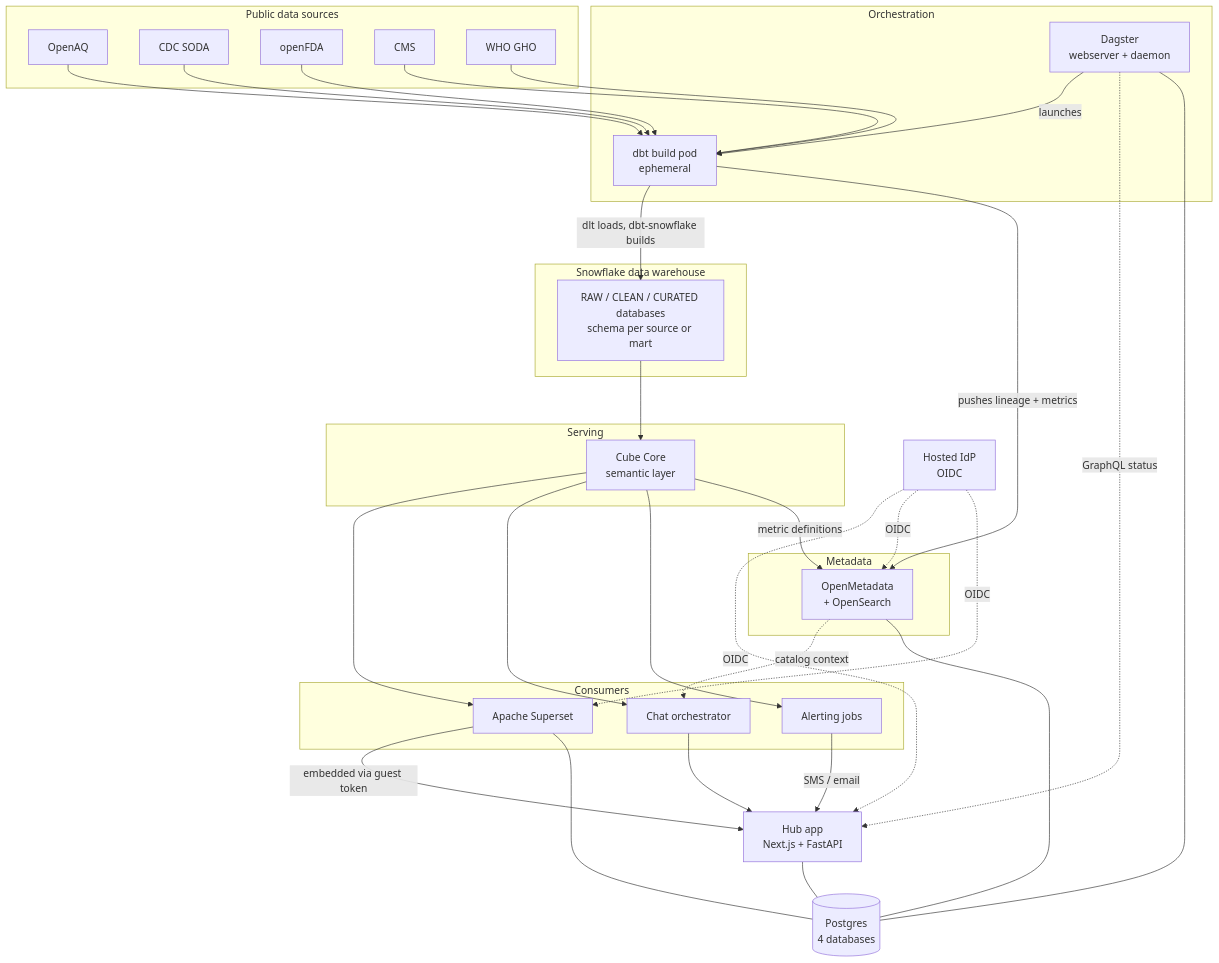
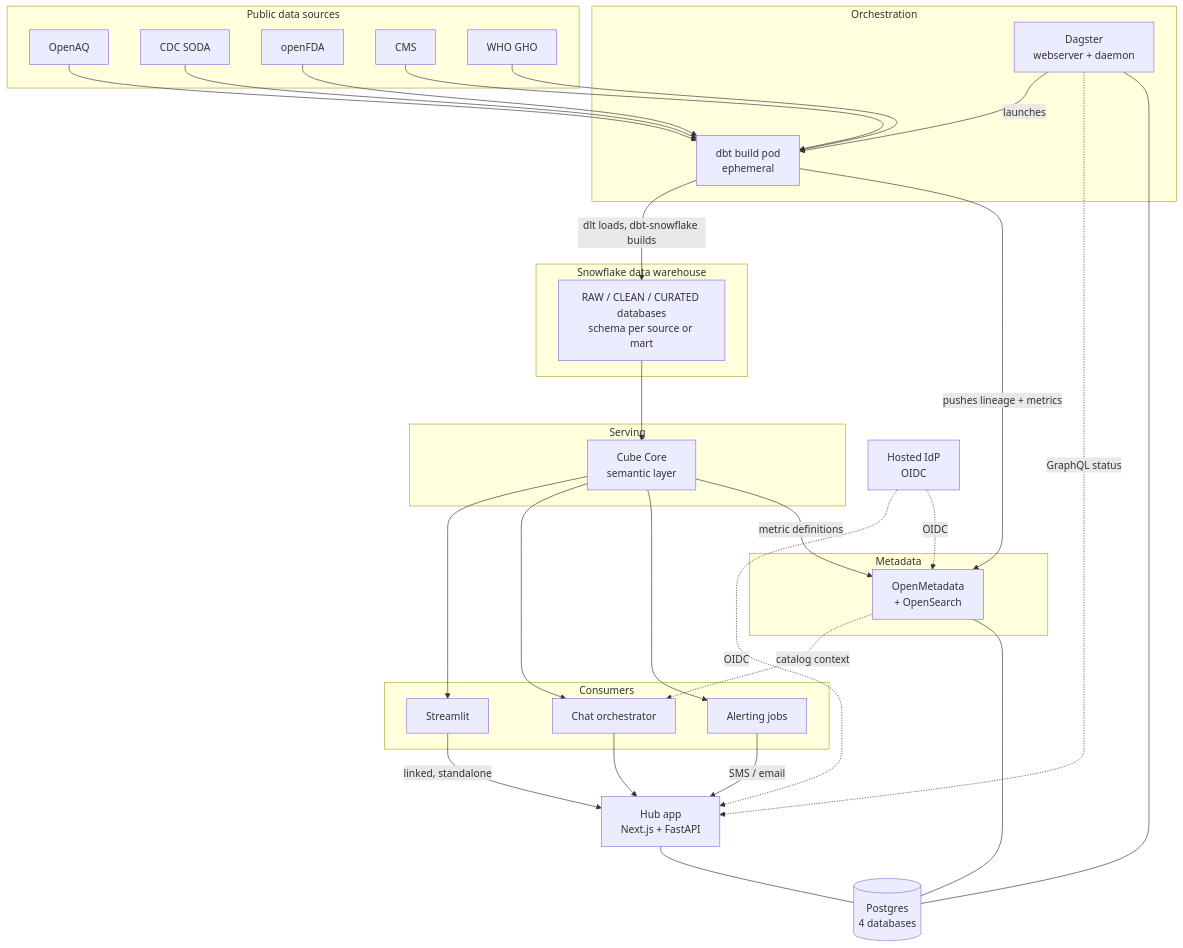
Before and after one commit to kgmcquate/open-health-data-platform: the first of 3 diagrams in docs/ARCHITECTURE.md, drawn with Mermaid. The commit also changed other lines of this file and 45 other files, not shown here.

````diff
--- a/docs/ARCHITECTURE.md
+++ b/docs/ARCHITECTURE.md
@@ -35,59 +35,57 @@
 ```mermaid
 flowchart TB
     subgraph external["Public data sources"]
         S1["OpenAQ"]
         S2["CDC SODA"]
         S3["openFDA"]
         S4["CMS"]
         S5["WHO GHO"]
     end
 
     subgraph orchestration["Orchestration"]
         DAG["Dagster<br/>webserver + daemon"]
         BUILD["dbt build pod<br/>ephemeral"]
     end
 
     subgraph storage["Snowflake data warehouse"]
         SNOW["RAW / CLEAN / CURATED databases<br/>schema per source or mart"]
     end
 
     subgraph serving["Serving"]
         CUBE["Cube Core<br/>semantic layer"]
     end
 
     subgraph consumers["Consumers"]
-        SUP["Apache Superset"]
+        DASH["Streamlit"]
         BOT["Chat orchestrator"]
         ALERT["Alerting jobs"]
     end
 
     subgraph meta["Metadata"]
         OM["OpenMetadata<br/>+ OpenSearch"]
     end
 
     APP["Hub app<br/>Next.js + FastAPI"]
     IDP["Hosted IdP<br/>OIDC"]
     PG[("Postgres<br/>4 databases")]
 
     S1 & S2 & S3 & S4 & S5 --> BUILD
     DAG -->|launches| BUILD
     BUILD -->|dlt loads, dbt-snowflake builds| SNOW
     SNOW --> CUBE
-    CUBE --> SUP
+    CUBE --> DASH
     CUBE --> BOT
     CUBE --> ALERT
     ALERT -->|SMS / email| APP
     BOT --> APP
-    SUP -->|embedded via guest token| APP
+    DASH -->|linked, standalone| APP
     DAG -.->|GraphQL status| APP
     OM -.->|catalog context| BOT
     BUILD -->|pushes lineage + metrics| OM
     CUBE -->|metric definitions| OM
     IDP -.->|OIDC| APP
     IDP -.->|OIDC| OM
-    IDP -.->|OIDC| SUP
     DAG --- PG
-    SUP --- PG
     OM --- PG
     APP --- PG
 ```
````
